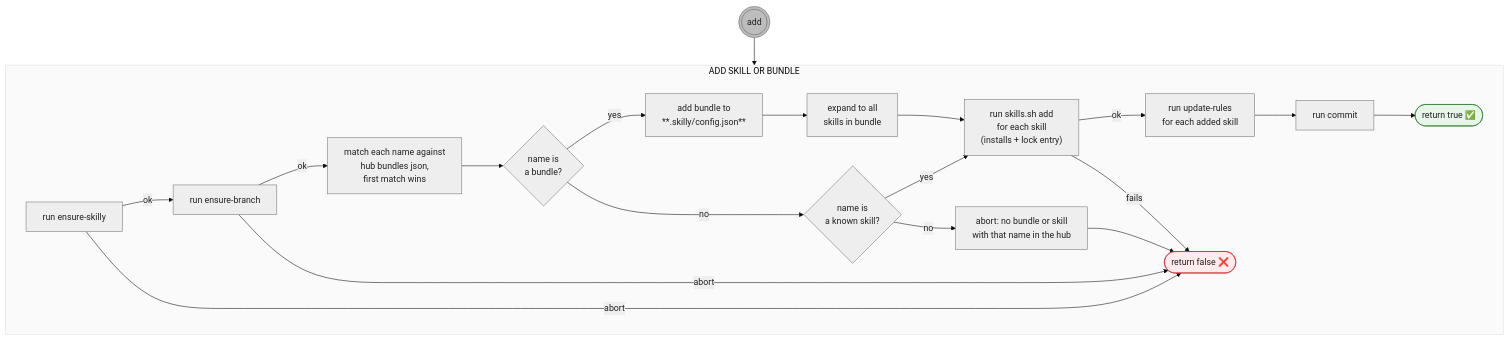
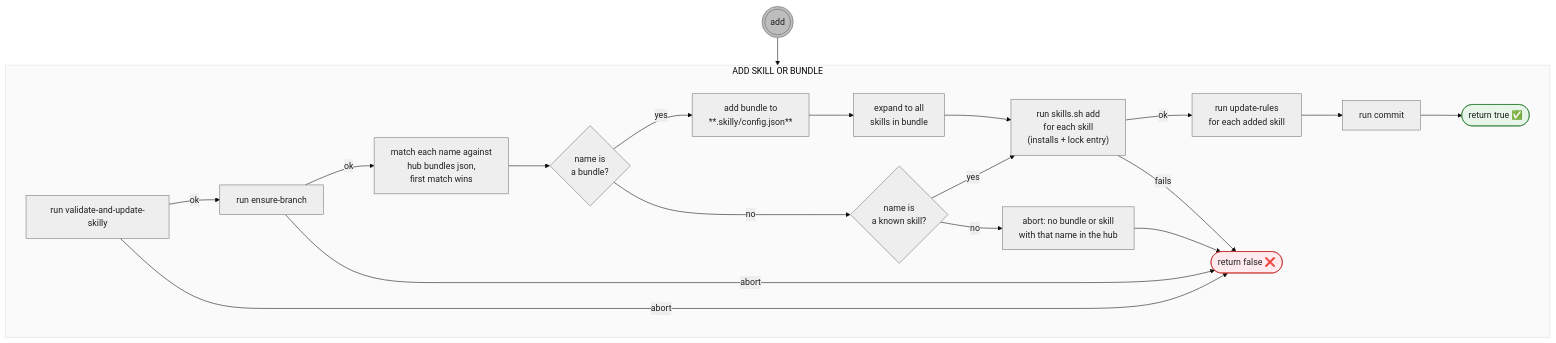
One commit to timschoch/skilly changed the diagram in docs/add.mmd. Above: the diagram before and after it, drawn with Mermaid. The commit also changed 16 other files, not shown here.

```diff
--- a/docs/add.mmd
+++ b/docs/add.mmd
@@ -1,54 +1,54 @@
 ---
 config:
   theme: base
   themeVariables:
     primaryColor: "#eeeeee"
     primaryBorderColor: "#757575"
     primaryTextColor: "#212121"
     clusterBkg: "#fafafa"
     clusterBorder: "#e0e0e0"
 ---
 flowchart TD
     %% shapes: ((( ))) entry point · [/ \] user action (blue) · [ ] script action (gray) · { } decision (amber) · ([ ]) state (green)
 
     ENTER-ADD((("add"))) --> ADD
     subgraph ADD["ADD SKILL OR BUNDLE"]
-        ADD-GUARD["run ensure-skilly"]
+        ADD-GUARD["run validate-and-update-skilly"]
             ADD-GUARD -->|ok| ADD-EB
             ADD-GUARD -->|abort| ADD-FALSE
 
         ADD-EB["run ensure-branch"]
             ADD-EB -->|ok| ADD-MATCH
             ADD-EB -->|abort| ADD-FALSE
 
         ADD-MATCH["match each name against<br>hub bundles json,<br>first match wins"] --> ADDQ2
 
             ADDQ2{"name is<br>a bundle?"}
                 ADDQ2 -->|yes| ADD-BUNDLE["add bundle to<br>**.skilly/config.json**"]
                     ADD-BUNDLE --> ADD-EXPAND["expand to all<br>skills in bundle"] --> ADD-INSTALL
                 ADDQ2 -->|no| ADDQ3
 
             ADDQ3{"name is<br>a known skill?"}
                 ADDQ3 -->|yes| ADD-INSTALL
                 ADDQ3 -->|no| ADD-ABORT-UNKNOWN
 
         ADD-INSTALL["run skills.sh add<br>for each skill<br>(installs + lock entry)"]
             ADD-INSTALL -->|ok| ADD-RULES["run update-rules<br>for each added skill"] --> ADD-COMMIT["run commit"] --> ADD-TRUE
             ADD-INSTALL -->|fails| ADD-FALSE
 
         ADD-TRUE(["return true ✅"])
         ADD-ABORT-UNKNOWN["abort: no bundle or skill<br>with that name in the hub"] --> ADD-FALSE
         ADD-FALSE(["return false ❌"])
     end
 
 
     %% ADDQ1/ADDQ2/ADDQ3/ADDQ4 are script checks -> default gray, not amber
 
     classDef entry fill:#bdbdbd,stroke:#616161
     class ENTER-ADD entry
 
     classDef ok fill:#e8f5e9,stroke:#2e7d32
     class ADD-TRUE ok
 
     classDef fail fill:#ffebee,stroke:#c62828
     class ADD-FALSE fail
```
